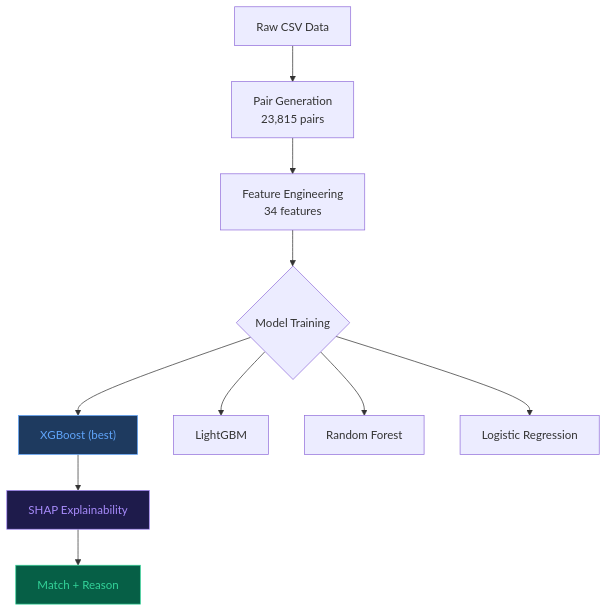
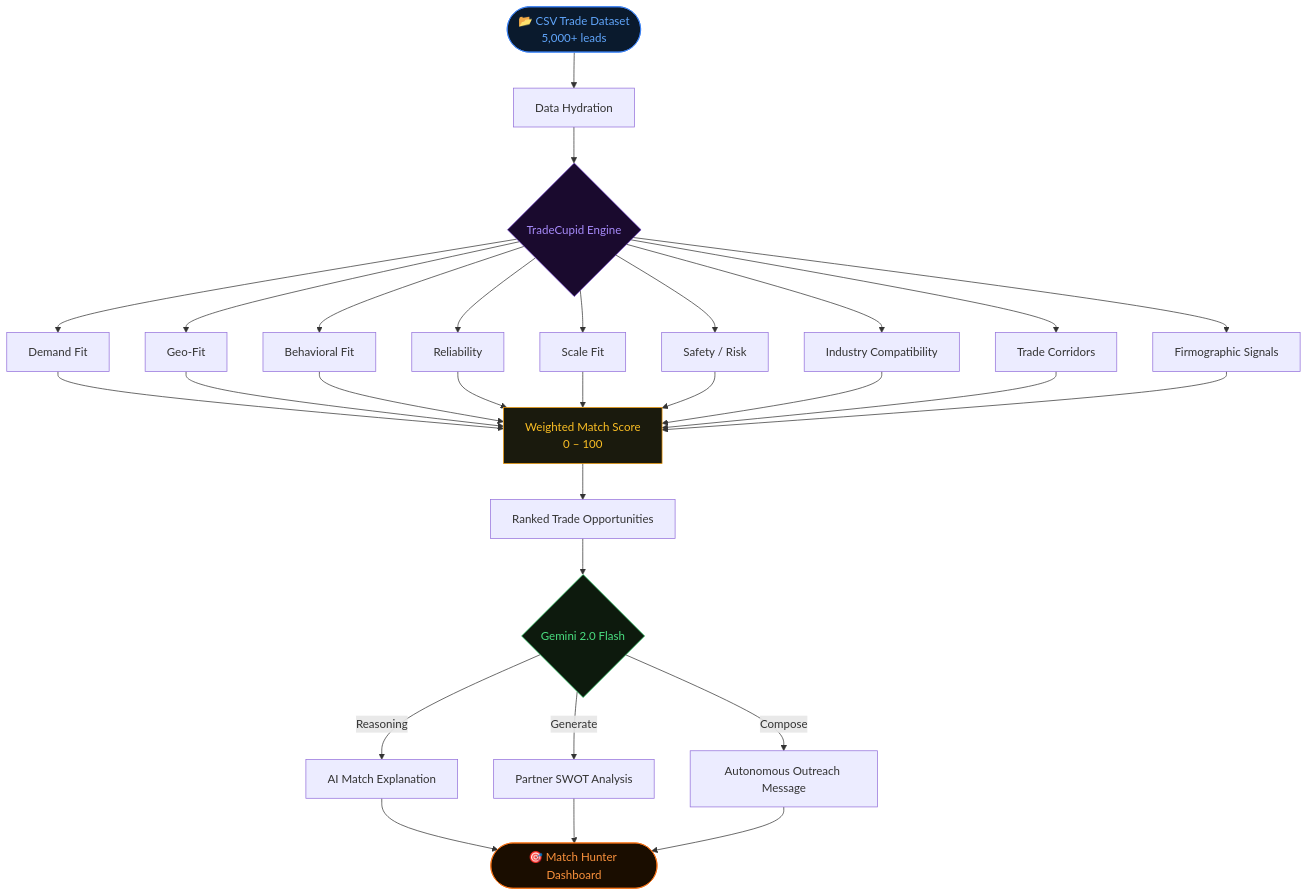
One commit to Piyush6046/Piyush6046 changed the fifth of 6 diagrams in README.md. Above: the diagram before and after it, drawn with Mermaid. The commit also changed other lines of this file, not shown here.

````diff
--- a/README.md
+++ b/README.md
@@ -250,16 +306,29 @@
 ```mermaid
 flowchart TD
-    A["Raw CSV Data"] --> B["Pair Generation<br/>23,815 pairs"]
-    B --> C["Feature Engineering<br/>34 features"]
-    C --> D{"Model Training"}
-    D --> E["XGBoost (best)"]
-    D --> F["LightGBM"]
-    D --> G["Random Forest"]
-    D --> H["Logistic Regression"]
-    E --> I["SHAP Explainability"]
-    I --> J["Match + Reason"]
+    A([📂 CSV Trade Dataset\n5,000+ leads]) --> B[Data Hydration]
+    B --> C{TradeCupid Engine}
 
-    style E fill:#1e3a5f,color:#60a5fa,stroke:#60a5fa
-    style I fill:#1e1b4b,color:#a78bfa,stroke:#a78bfa
-    style J fill:#065f46,color:#34d399,stroke:#34d399
+    C --> D1[Demand Fit]
+    C --> D2[Geo-Fit]
+    C --> D3[Behavioral Fit]
+    C --> D4[Reliability]
+    C --> D5[Scale Fit]
+    C --> D6[Safety / Risk]
+    C --> D7[Industry Compatibility]
+    C --> D8[Trade Corridors]
+    C --> D9[Firmographic Signals]
+
+    D1 & D2 & D3 & D4 & D5 & D6 & D7 & D8 & D9 --> E[Weighted Match Score\n0 – 100]
+    E --> F[Ranked Trade Opportunities]
+    F --> G{Gemini 2.0 Flash}
+    G -->|Reasoning| H[AI Match Explanation]
+    G -->|Generate| I[Partner SWOT Analysis]
+    G -->|Compose| J[Autonomous Outreach Message]
+    H & I & J --> K([🎯 Match Hunter Dashboard])
+
+    style A fill:#0a1a2d,color:#60a5fa,stroke:#3b82f6
+    style C fill:#1a0a2e,color:#a78bfa,stroke:#6e40c9
+    style E fill:#1a1a0d,color:#fbbf24,stroke:#f59e0b
+    style G fill:#0d1a0d,color:#4ade80,stroke:#22c55e
+    style K fill:#1a0d00,color:#fb923c,stroke:#f97316
 ```
````
